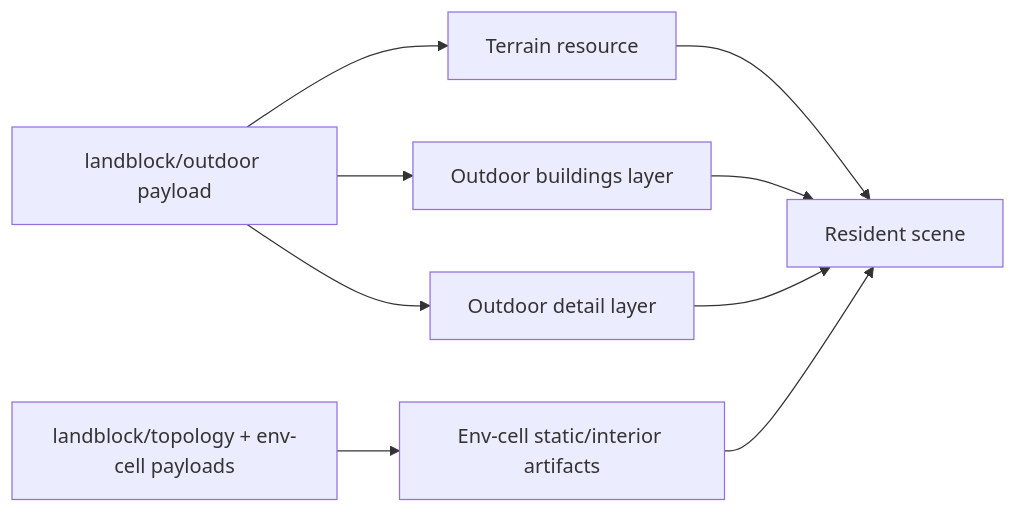
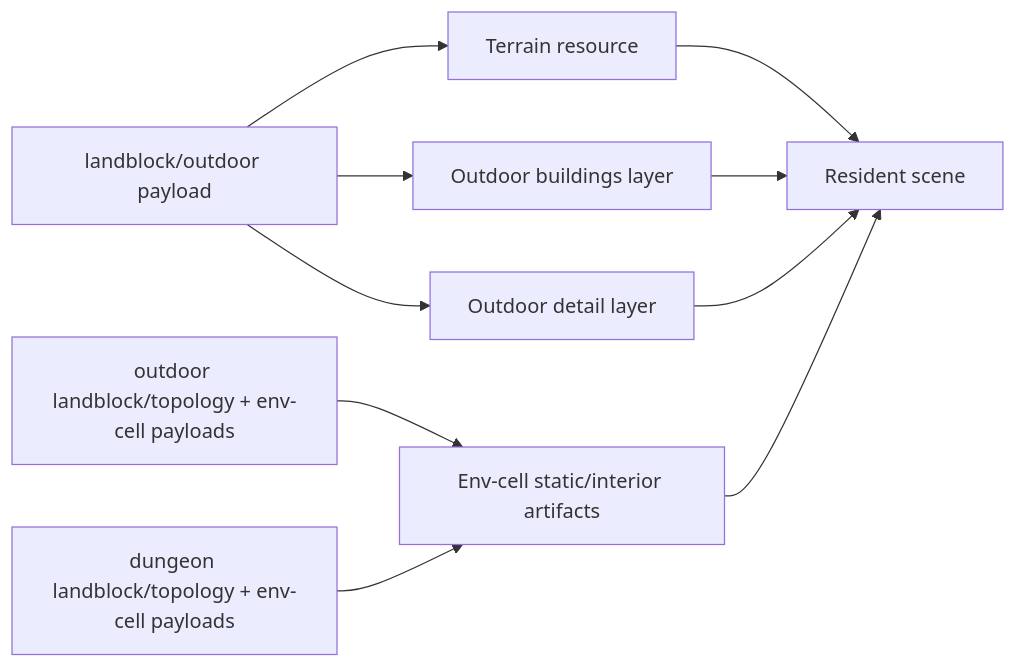
One commit to merklejerk/holtburger changed the second of 10 diagrams in docs/plans/holtburger-3d-static-landblock-render-bundle-replacement-plan.md. Above: the diagram before and after it, drawn with Mermaid. The commit also changed other lines of this file and 3 other files, not shown here.

````diff
--- a/docs/plans/holtburger-3d-static-landblock-render-bundle-replacement-plan.md
+++ b/docs/plans/holtburger-3d-static-landblock-render-bundle-replacement-plan.md
@@ -538,11 +580,12 @@
 ```mermaid
 flowchart LR
     A[landblock/outdoor payload] --> T[Terrain resource]
     A --> B[Outdoor buildings layer]
     A --> C[Outdoor detail layer]
-    D[landblock/topology + env-cell payloads] --> E[Env-cell static/interior artifacts]
+    D[outdoor landblock/topology + env-cell payloads] --> E[Env-cell static/interior artifacts]
+    F[dungeon landblock/topology + env-cell payloads] --> E
     T --> R[Resident scene]
     B --> R
     C --> R
     E --> R
 ```
````
